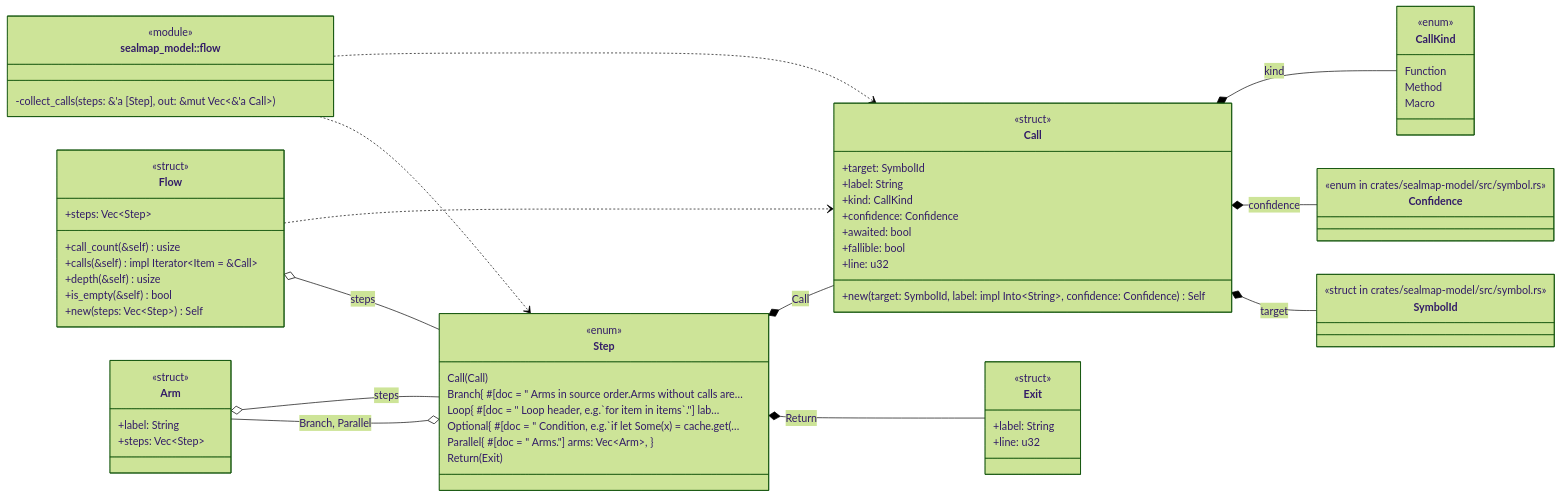
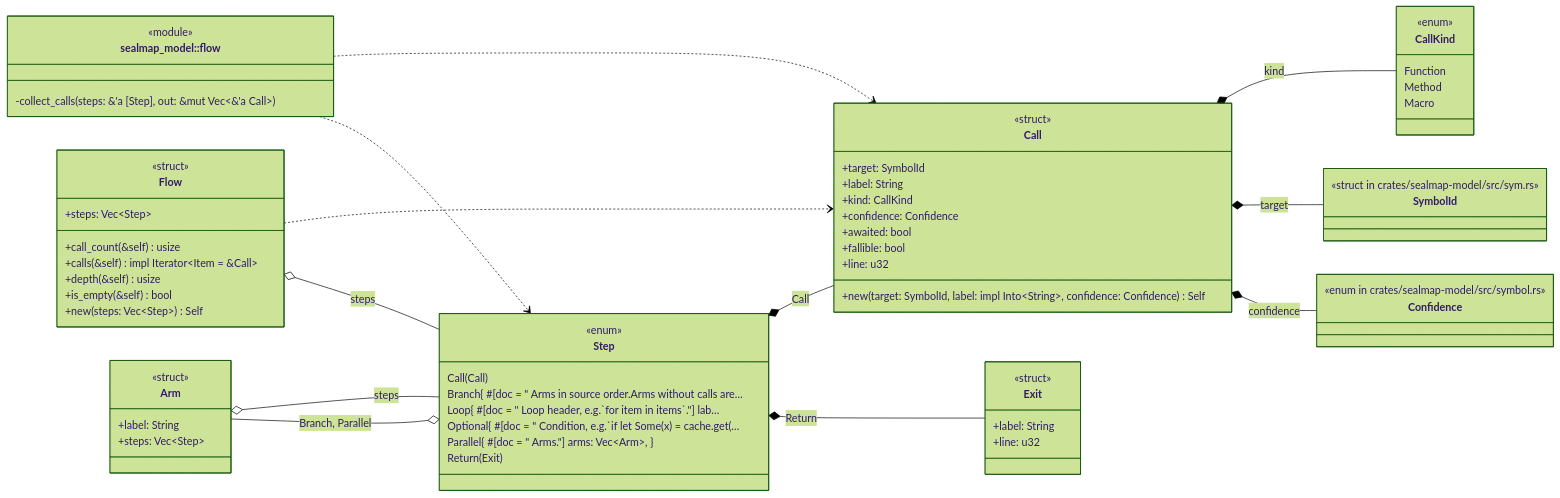
The first of 4 diagrams in docs/sealmap/crates/sealmap-model/src/flow.rs.md (DreamLab-AI/codemaid), drawn with Mermaid (forest theme) before and after one commit. The commit also changed other lines of this file and 45 other files, not shown here.

First line of the commit message:
docs: regenerate the self-corpus for sym: ids and schema v2

````diff
--- a/docs/sealmap/crates/sealmap-model/src/flow.rs.md
+++ b/docs/sealmap/crates/sealmap-model/src/flow.rs.md
@@ -14,70 +14,70 @@
 ```mermaid
 classDiagram
   direction LR
-  class sealmap_model__flow__Arm["Arm"] {
+  class sealmap_model__flow___tArm["Arm"] {
     <<struct>>
     +label: String
     +steps: Vec#lt;Step#gt;
   }
-  class sealmap_model__flow__Call["Call"] {
+  class sealmap_model__flow___tCall["Call"] {
     <<struct>>
     +target: SymbolId
     +label: String
     +kind: CallKind
     +confidence: Confidence
     +awaited: bool
     +fallible: bool
     +line: u32
     +new(target: SymbolId, label: impl Into#lt;String#gt;, confidence: Confidence) Self
   }
-  class sealmap_model__flow__CallKind["CallKind"] {
+  class sealmap_model__flow___tCallKind["CallKind"] {
     <<enum>>
     Function
     Method
     Macro
   }
-  class sealmap_model__flow__Exit["Exit"] {
+  class sealmap_model__flow___tExit["Exit"] {
     <<struct>>
     +label: String
     +line: u32
   }
-  class sealmap_model__flow__Flow["Flow"] {
+  class sealmap_model__flow___tFlow["Flow"] {
     <<struct>>
     +steps: Vec#lt;Step#gt;
     +call_count(&self) usize
     +calls(&self) impl Iterator#lt;Item = &Call#gt;
     +depth(&self) usize
     +is_empty(&self) bool
     +new(steps: Vec#lt;Step#gt;) Self
   }
-  class sealmap_model__flow__Step["Step"] {
+  class sealmap_model__flow___tStep["Step"] {
     <<enum>>
     Call#40;Call#41;
     Branch#123; #35;[doc = #quot; Arms in source order.Arms without calls are…
     Loop#123; #35;[doc = #quot; Loop header, e.g.#96;for item in items#96;.#quot;] lab…
     Optional#123; #35;[doc = #quot; Condition, e.g.#96;if let Some#40;x#41; = cache.get#40;…
     Parallel#123; #35;[doc = #quot; Arms.#quot;] arms: Vec#lt;Arm#gt;, #125;
     Return#40;Exit#41;
   }
   class sealmap_model__flow["sealmap_model::flow"] {
     <<module>>
     -collect_calls(steps: &'a [Step], out: &mut Vec#lt;&'a Call#gt;)
   }
-  class sealmap_model__symbol__Confidence["Confidence"] {
+  class sealmap_model__sym___tSymbolId["SymbolId"] {
+    <<struct in crates/sealmap-model/src/sym.rs>>
+  }
+  class sealmap_model__symbol___tConfidence["Confidence"] {
     <<enum in crates/sealmap-model/src/symbol.rs>>
   }
-  class sealmap_model__symbol__SymbolId["SymbolId"] {
-    <<struct in crates/sealmap-model/src/symbol.rs>>
-  }
-  sealmap_model__flow ..> sealmap_model__flow__Call
-  sealmap_model__flow ..> sealmap_model__flow__Step
-  sealmap_model__flow__Arm o-- sealmap_model__flow__Step : steps
-  sealmap_model__flow__Call *-- sealmap_model__flow__CallKind : kind
-  sealmap_model__flow__Call *-- sealmap_model__symbol__Confidence : confidence
-  sealmap_model__flow__Call *-- sealmap_model__symbol__SymbolId : target
-  sealmap_model__flow__Flow ..> sealmap_model__flow__Call
-  sealmap_model__flow__Flow o-- sealmap_model__flow__Step : steps
-  sealmap_model__flow__Step o-- sealmap_model__flow__Arm : Branch, Parallel
-  sealmap_model__flow__Step *-- sealmap_model__flow__Call : Call
-  sealmap_model__flow__Step *-- sealmap_model__flow__Exit : Return
+  sealmap_model__flow ..> sealmap_model__flow___tCall
+  sealmap_model__flow ..> sealmap_model__flow___tStep
+  sealmap_model__flow___tArm o-- sealmap_model__flow___tStep : steps
+  sealmap_model__flow___tCall *-- sealmap_model__flow___tCallKind : kind
+  sealmap_model__flow___tCall *-- sealmap_model__sym___tSymbolId : target
+  sealmap_model__flow___tCall *-- sealmap_model__symbol___tConfidence : confidence
+  sealmap_model__flow___tFlow ..> sealmap_model__flow___tCall
+  sealmap_model__flow___tFlow o-- sealmap_model__flow___tStep : steps
+  sealmap_model__flow___tStep o-- sealmap_model__flow___tArm : Branch, Parallel
+  sealmap_model__flow___tStep *-- sealmap_model__flow___tCall : Call
+  sealmap_model__flow___tStep *-- sealmap_model__flow___tExit : Return
 ```
````
